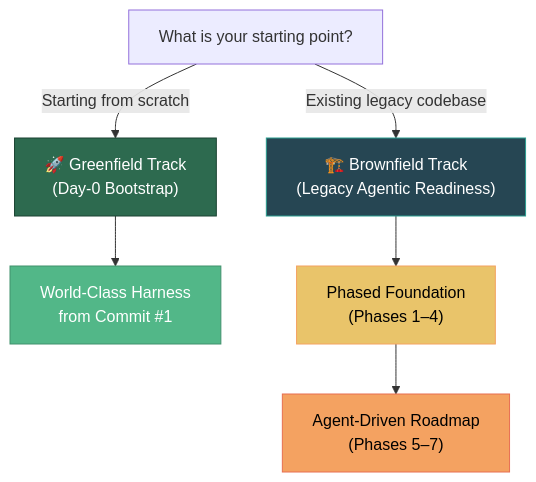
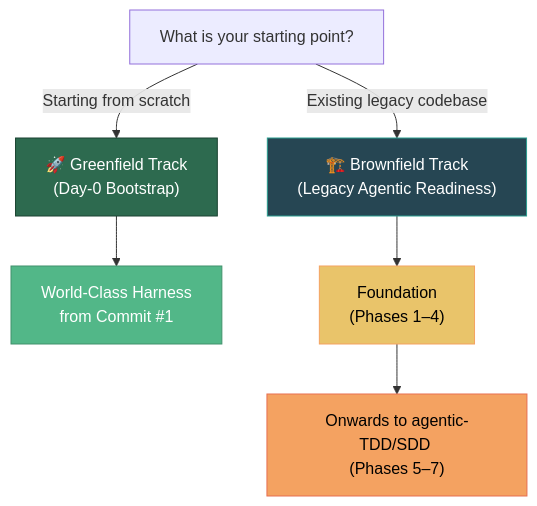
Before and after one commit to Nistapp/codebase-agentic-readiness-framework: the diagram in README.md, drawn with Mermaid. The commit also changed other lines of this file and 22 other files, not shown here.

````diff
--- a/README.md
+++ b/README.md
@@ -12,15 +12,15 @@
 ```mermaid
 flowchart TD
     Start["What is your starting point?"] -->|Starting from scratch| TrackA["🚀 Greenfield Track\n(Day-0 Bootstrap)"]
     Start -->|Existing legacy codebase| TrackB["🏗️ Brownfield Track\n(Legacy Agentic Readiness)"]
 
     TrackA --> OutA["World-Class Harness\nfrom Commit #1"]
-    TrackB --> OutB["Phased Foundation\n(Phases 1–4)"]
-    OutB --> OutC["Agent-Driven Roadmap\n(Phases 5–7)"]
+    TrackB --> OutB["Foundation\n(Phases 1–4)"]
+    OutB --> OutC["Onwards to agentic-TDD/SDD \n(Phases 5–7)"]
 
     style TrackA fill:#2d6a4f,stroke:#1b4332,color:#fff
     style TrackB fill:#264653,stroke:#2a9d8f,color:#fff
     style OutA fill:#52b788,stroke:#40916c,color:#fff
     style OutB fill:#e9c46a,stroke:#f4a261,color:#000
     style OutC fill:#f4a261,stroke:#e76f51,color:#000
 ```
````
